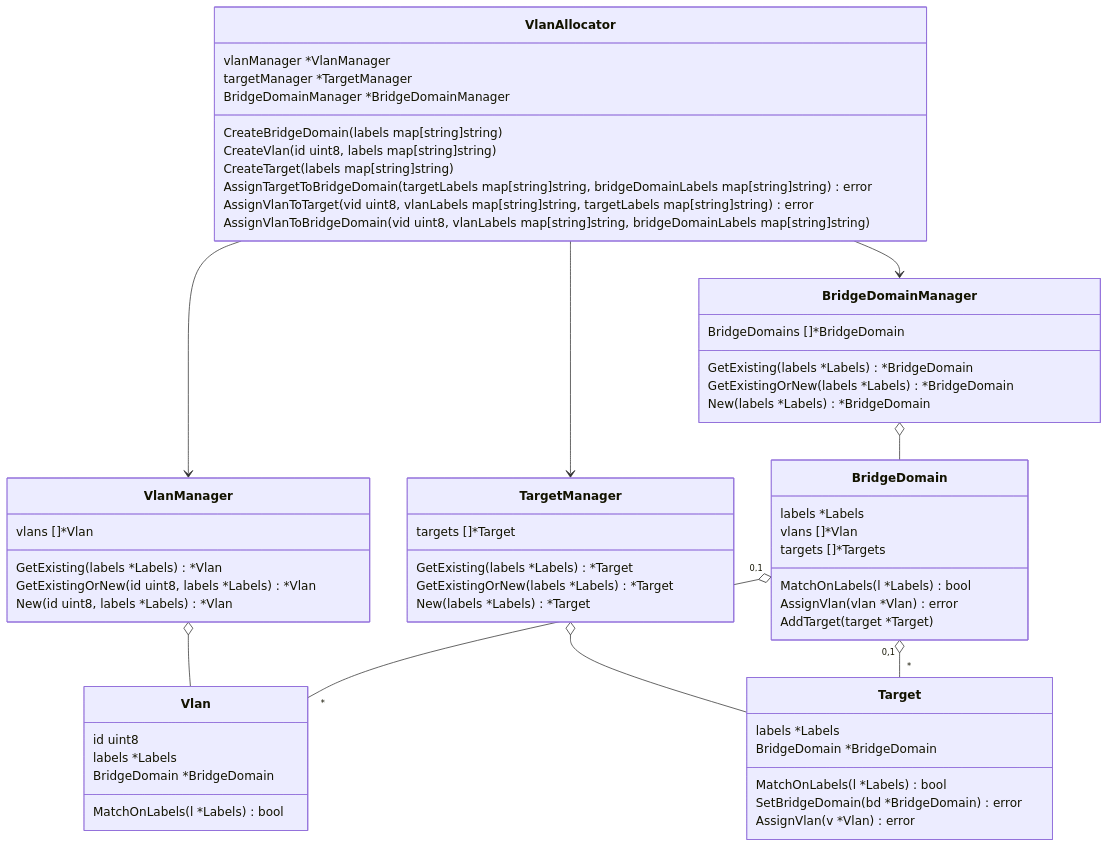
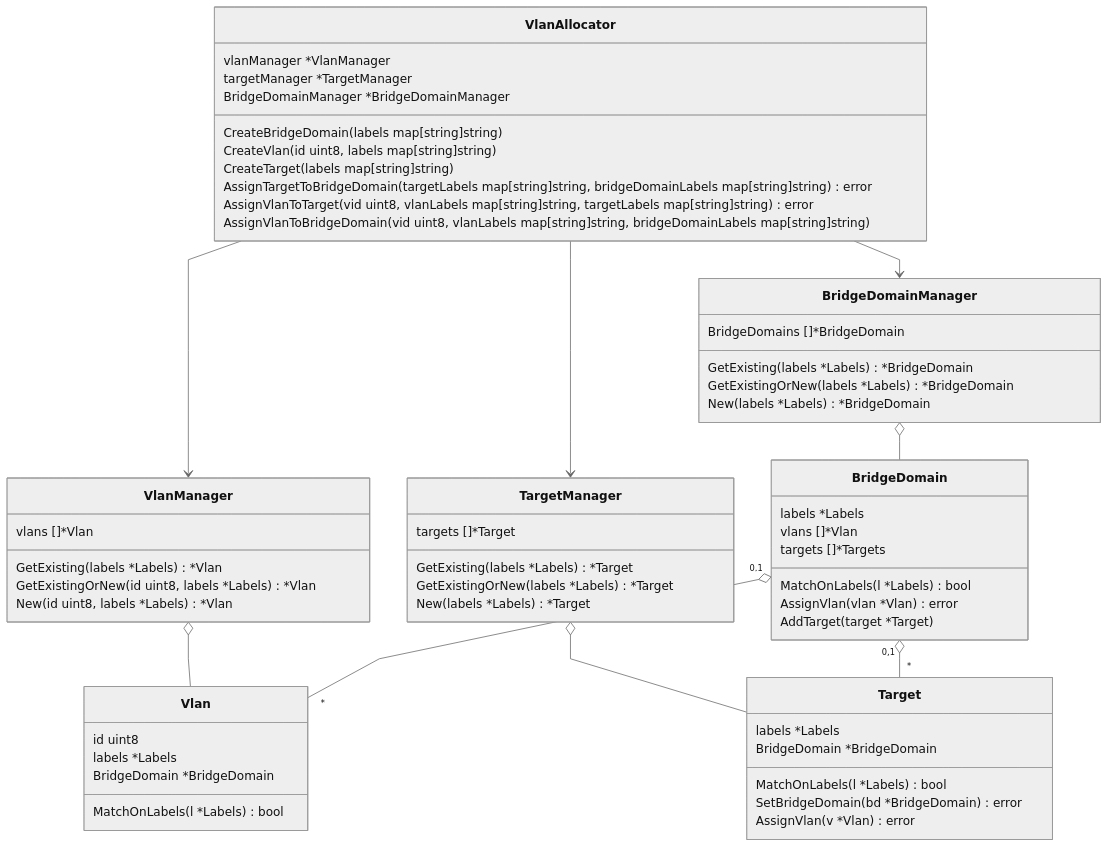
The diagram in README.md (steiler/vlanallocator), drawn with Mermaid before and after one commit.

````diff
--- a/README.md
+++ b/README.md
@@ -3,4 +3,17 @@
 ```mermaid
+%%{
+  init: {
+    "theme": "neutral",
+    "logLevel": "info",
+    "flowchart": {
+      "htmlLabels": true,
+      "curve": "linear"
+    },
+    "sequence": {
+      "mirrorActors": true
+    }
+  }
+}%%
 
 classDiagram
     direction TB
````
